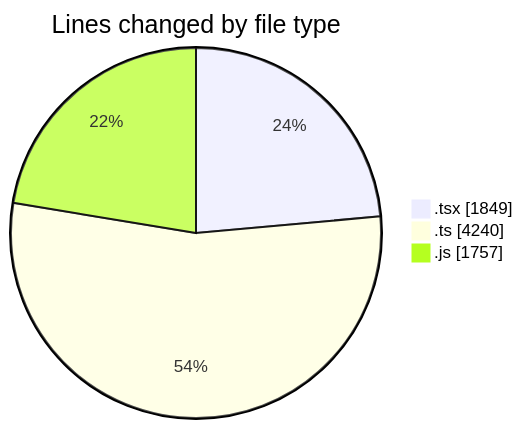
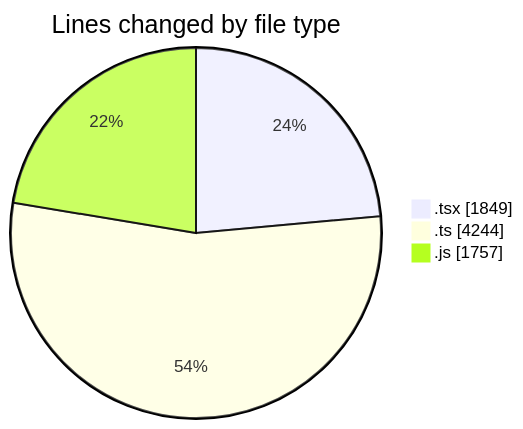
The first of 2 diagrams in 2026-07-31/cda/README.md (momahboobian/code-tracking), drawn with Mermaid before and after one commit. The commit also changed other lines of this file and 1 other file, not shown here.

````diff
--- a/2026-07-31/cda/README.md
+++ b/2026-07-31/cda/README.md
@@ -47,7 +47,7 @@
 ```mermaid
 pie showData
 title Lines changed by file type
 ".tsx" : 1849
-".ts" : 4240
+".ts" : 4244
 ".js" : 1757
 ```
````
